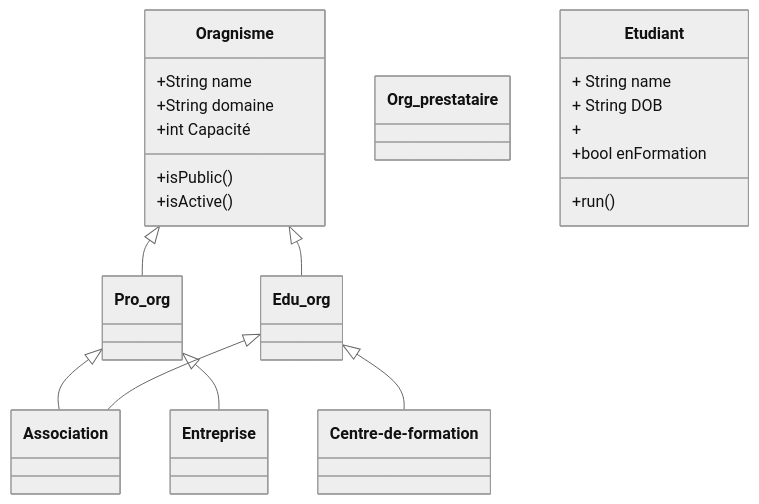
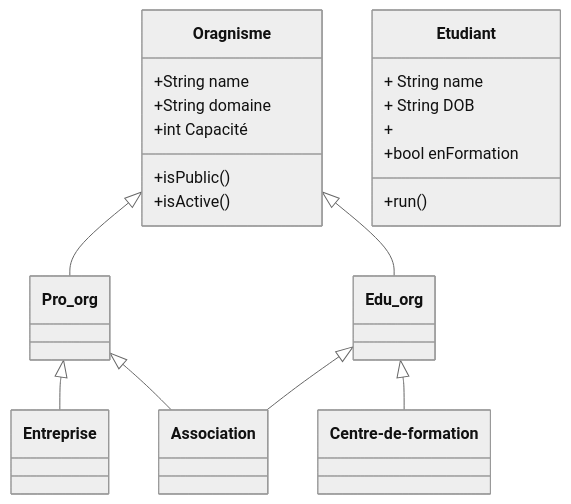
One commit to bouzidifatimazohra00-ux/inclusion-numerique-93 changed the diagram in acteurslecaotunglam.md. Above: the diagram before and after it, drawn with Mermaid (neutral theme). The commit also changed 3 other files, not shown here.

````diff
--- a/acteurslecaotunglam.md
+++ b/acteurslecaotunglam.md
@@ -2,39 +2,36 @@
 ```mermaid
 classDiagram
      
     Oragnisme <|-- Pro_org
     Oragnisme <|-- Edu_org
+    Pro_org <|-- Entreprise
     Pro_org <|-- Association
     Edu_org <|-- Association
-    Pro_org <|-- Entreprise
     Edu_org <|-- Centre-de-formation
     
     
     class Oragnisme{
         +String name
         +isPublic()
         +isActive()
         +String domaine
         +int Capacité
     }
     
-    class Org_prestataire{
-        
-    }
     class Association {
     }
     
     class Centre-de-formation{
       
     }
     class Entreprise{
         
     }
     class Etudiant{
         + String name
         + String DOB
         + 
       +bool enFormation
       +run()
     }
 ```
````
